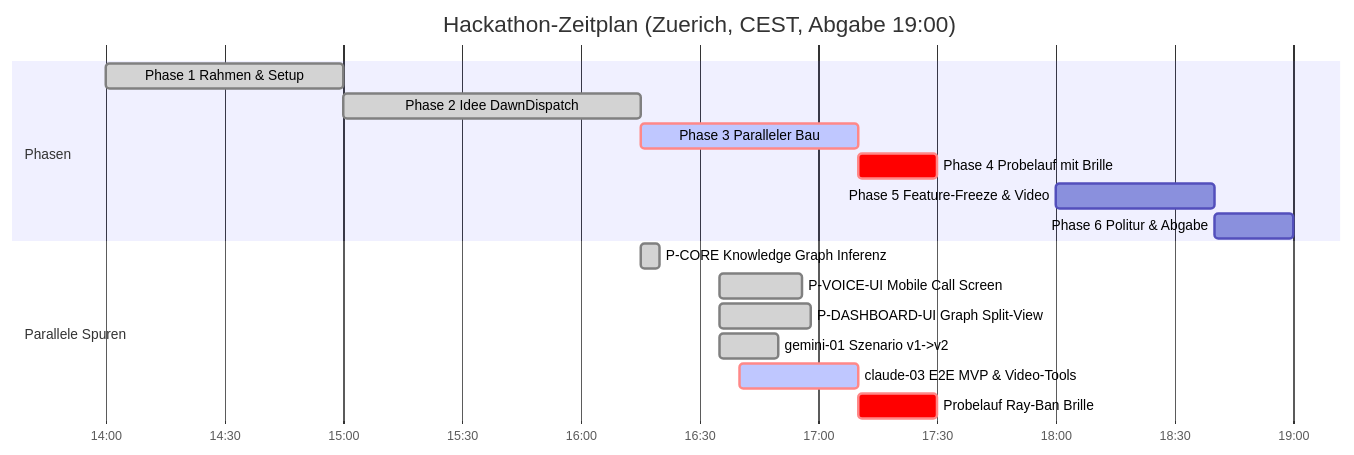
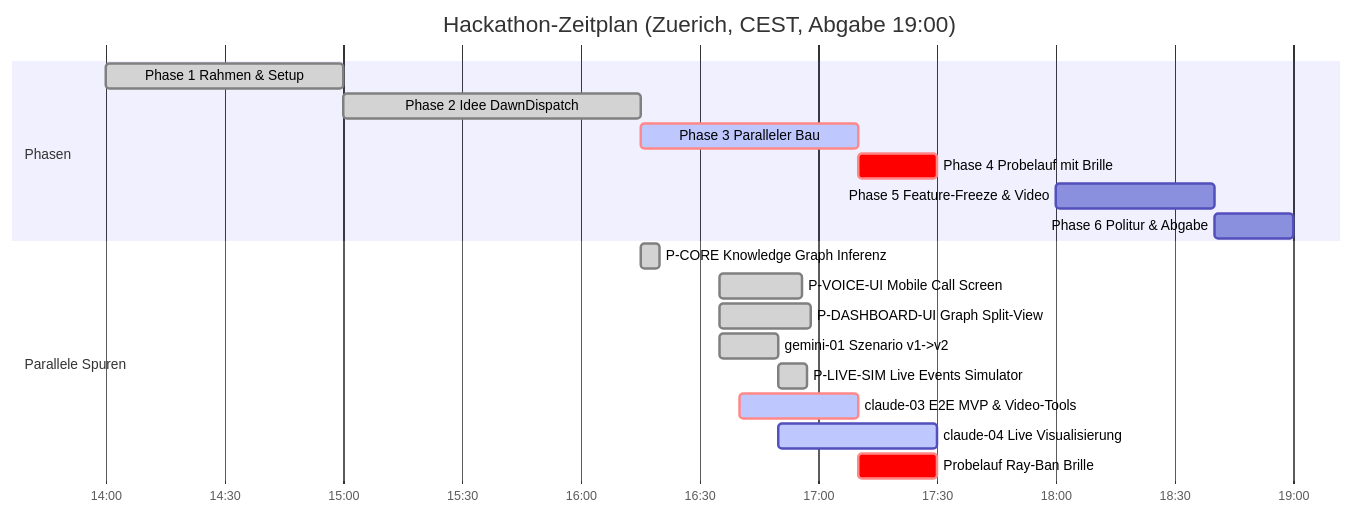
The diagram in STAND.md (Philipp2agent/agentic-hack-google), drawn with Mermaid before and after one commit. The commit also changed other lines of this file, not shown here.

Commit message:
docs(stand): merge P-LIVE-SIM von hack-bau2, aktualisiere Board und Links

````diff
--- a/STAND.md
+++ b/STAND.md
@@ -24,20 +27,22 @@
 ```mermaid
 gantt
   title Hackathon-Zeitplan (Zuerich, CEST, Abgabe 19:00)
   dateFormat HH:mm
   axisFormat %H:%M
   section Phasen
   Phase 1 Rahmen & Setup         :done, p1, 14:00, 15:00
   Phase 2 Idee DawnDispatch      :done, p2, 15:00, 16:15
   Phase 3 Paralleler Bau         :crit, active, p3, 16:15, 17:10
   Phase 4 Probelauf mit Brille   :crit, p4, 17:10, 17:30
   Phase 5 Feature-Freeze & Video :p5, 18:00, 18:40
   Phase 6 Politur & Abgabe       :p6, 18:40, 19:00
   section Parallele Spuren
   P-CORE Knowledge Graph Inferenz   :done, p_core, 16:15, 16:20
   P-VOICE-UI Mobile Call Screen     :done, p_vui, 16:35, 16:56
   P-DASHBOARD-UI Graph Split-View   :done, p_dui, 16:35, 16:58
   gemini-01 Szenario v1->v2         :done, p_gem1, 16:35, 16:50
+  P-LIVE-SIM Live Events Simulator  :done, p_sim, 16:50, 16:57
   claude-03 E2E MVP & Video-Tools   :crit, active, p_cl3, 16:40, 17:10
+  claude-04 Live Visualisierung     :active, p_cl4, 16:50, 17:30
   Probelauf Ray-Ban Brille          :crit, p_probe, 17:10, 17:30
 ```
````
